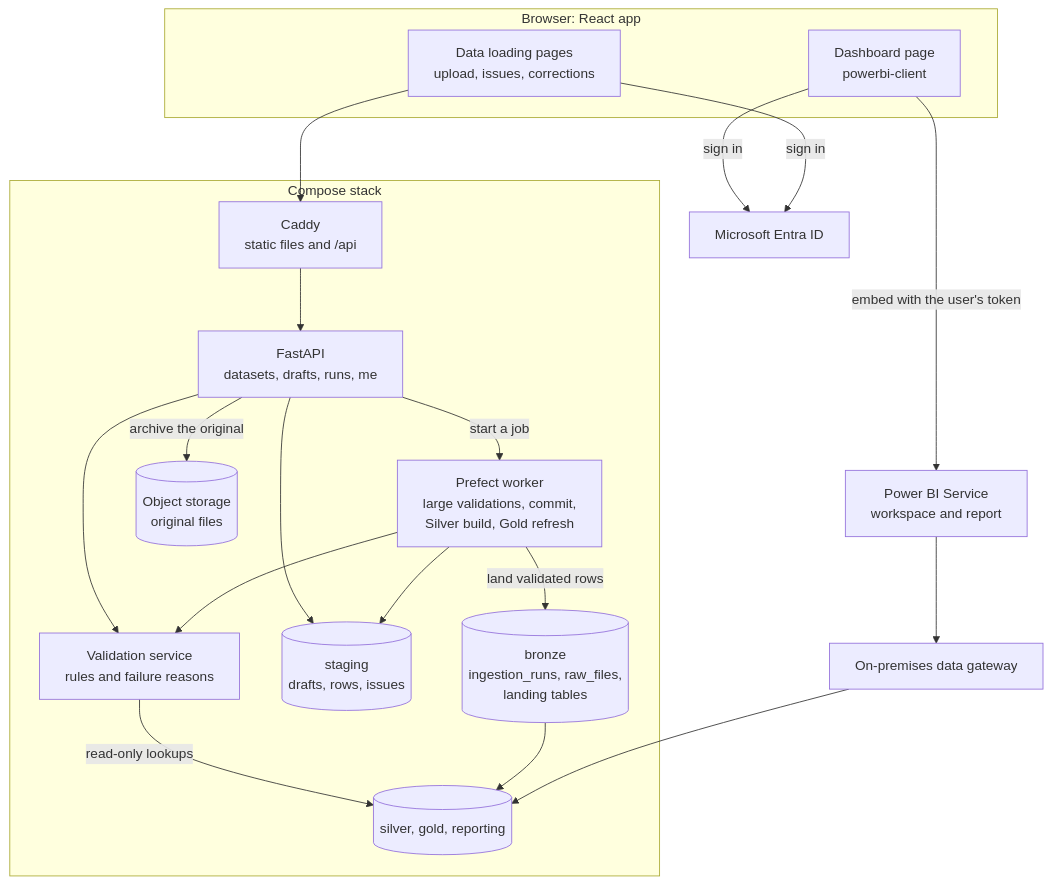
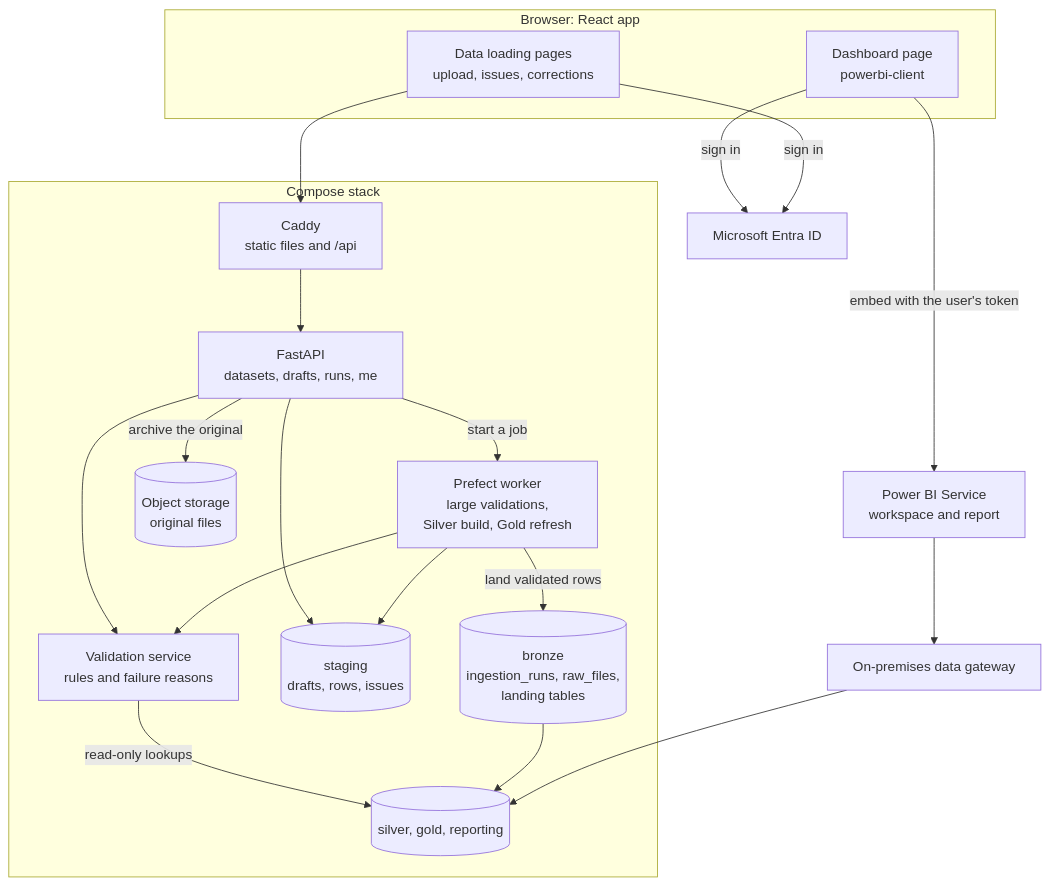
Before and after one commit to juanpablocarrillohortua/clarios_app: the diagram in docs/frontend-plan.md, drawn with Mermaid. The commit also changed other lines of this file and 88 other files, not shown here.

````diff
--- a/docs/frontend-plan.md
+++ b/docs/frontend-plan.md
@@ -139,38 +139,38 @@
 ```mermaid
 flowchart TB
     subgraph browser["Browser: React app"]
         DASHP["Dashboard page<br/>powerbi-client"]
         LOADP["Data loading pages<br/>upload, issues, corrections"]
     end
 
     ENTRA["Microsoft Entra ID"]
     PBI["Power BI Service<br/>workspace and report"]
 
     subgraph stack["Compose stack"]
         CADDY["Caddy<br/>static files and /api"]
         API["FastAPI<br/>datasets, drafts, runs, me"]
         VAL["Validation service<br/>rules and failure reasons"]
-        WORKER["Prefect worker<br/>large validations, commit,<br/>Silver build, Gold refresh"]
+        WORKER["Prefect worker<br/>large validations,<br/>Silver build, Gold refresh"]
         STG[("staging<br/>drafts, rows, issues")]
         MINIO[("Object storage<br/>original files")]
         BRZ[("bronze<br/>ingestion_runs, raw_files,<br/>landing tables")]
         SG[("silver, gold, reporting")]
     end
 
     GW["On-premises data gateway"]
 
     DASHP -->|"sign in"| ENTRA
     LOADP -->|"sign in"| ENTRA
     DASHP -->|"embed with the user's token"| PBI
     LOADP --> CADDY --> API
     API --> VAL
     API --> STG
     API -->|"archive the original"| MINIO
     API -->|"start a job"| WORKER
     WORKER --> VAL
     WORKER --> STG
     VAL -->|"read-only lookups"| SG
     WORKER -->|"land validated rows"| BRZ
     BRZ --> SG
     PBI --> GW --> SG
 ```
````
